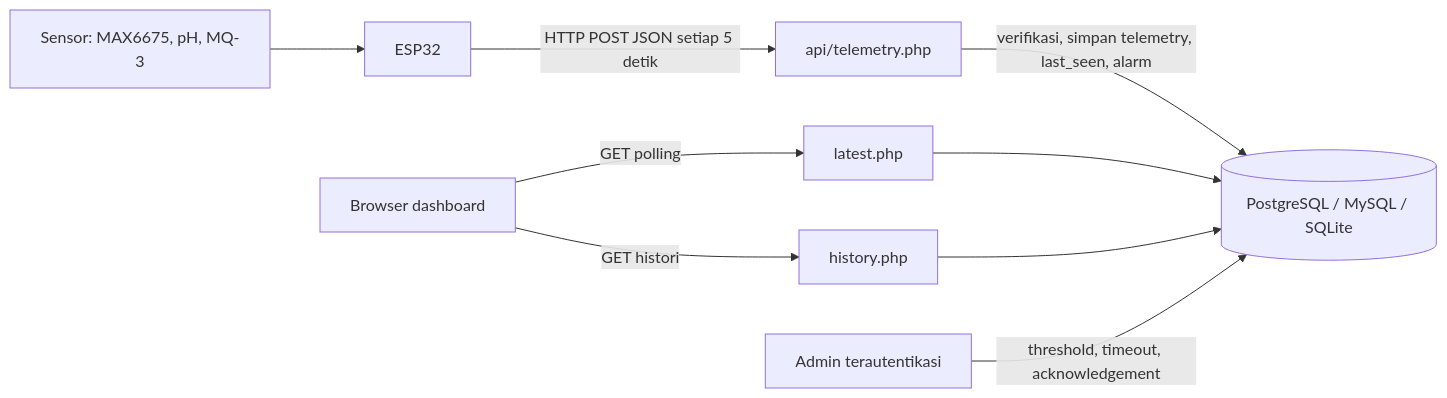
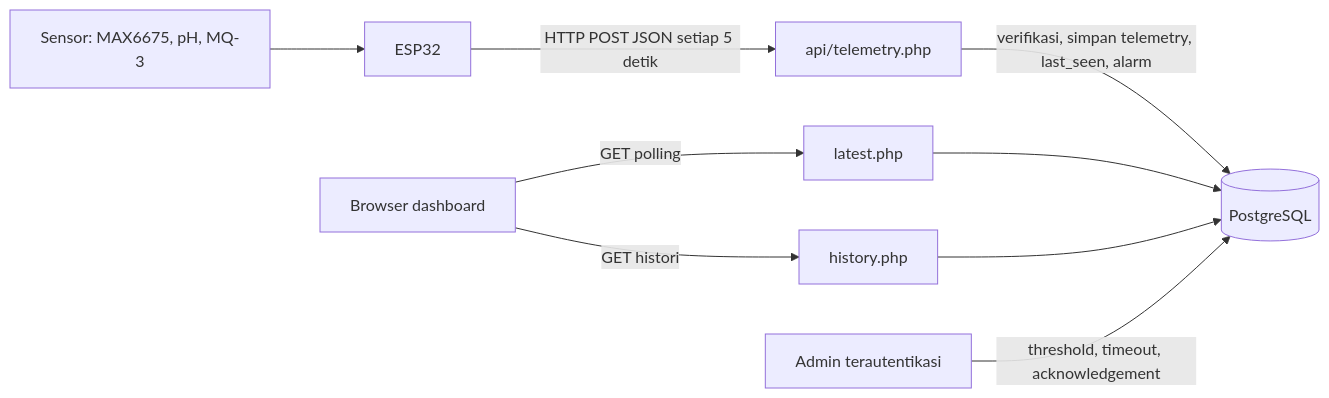
The diagram in README.md (Vian-98/iot_classic_enzyme), drawn with Mermaid before and after one commit. The commit also changed other lines of this file and 11 other files, not shown here.

Commit message:
Implement PostgreSQL security deployment hardening

````diff
--- a/README.md
+++ b/README.md
@@ -11,11 +11,11 @@
 ```mermaid
 flowchart LR
     S[Sensor: MAX6675, pH, MQ-3] --> E[ESP32]
     E -->|HTTP POST JSON setiap 5 detik| T[api/telemetry.php]
-    T -->|verifikasi, simpan telemetry, last_seen, alarm| D[(PostgreSQL / MySQL / SQLite)]
+    T -->|verifikasi, simpan telemetry, last_seen, alarm| D[(PostgreSQL)]
     B[Browser dashboard] -->|GET polling| L[latest.php]
     B -->|GET histori| H[history.php]
     L --> D
     H --> D
     A[Admin terautentikasi] -->|threshold, timeout, acknowledgement| D
 ```
````
